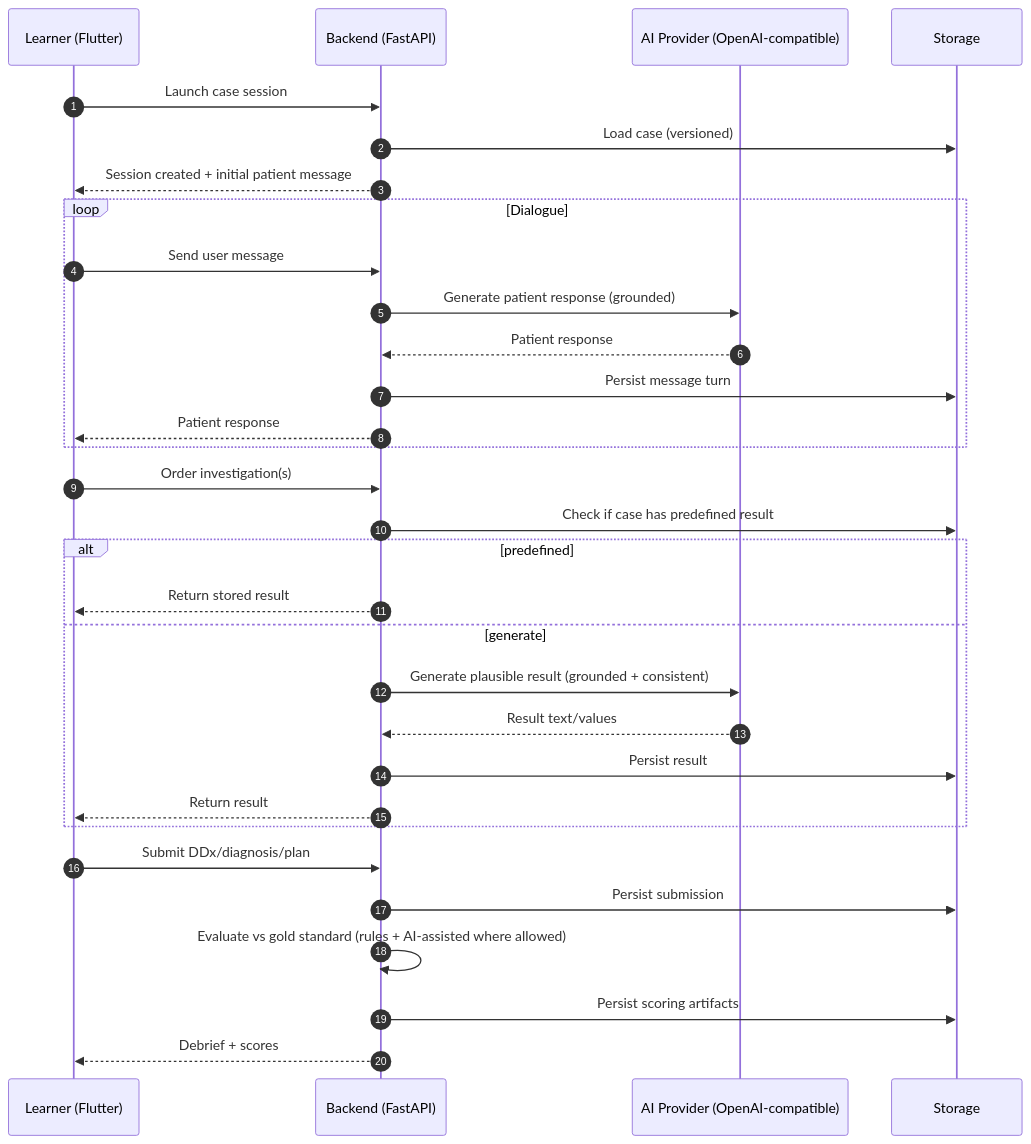
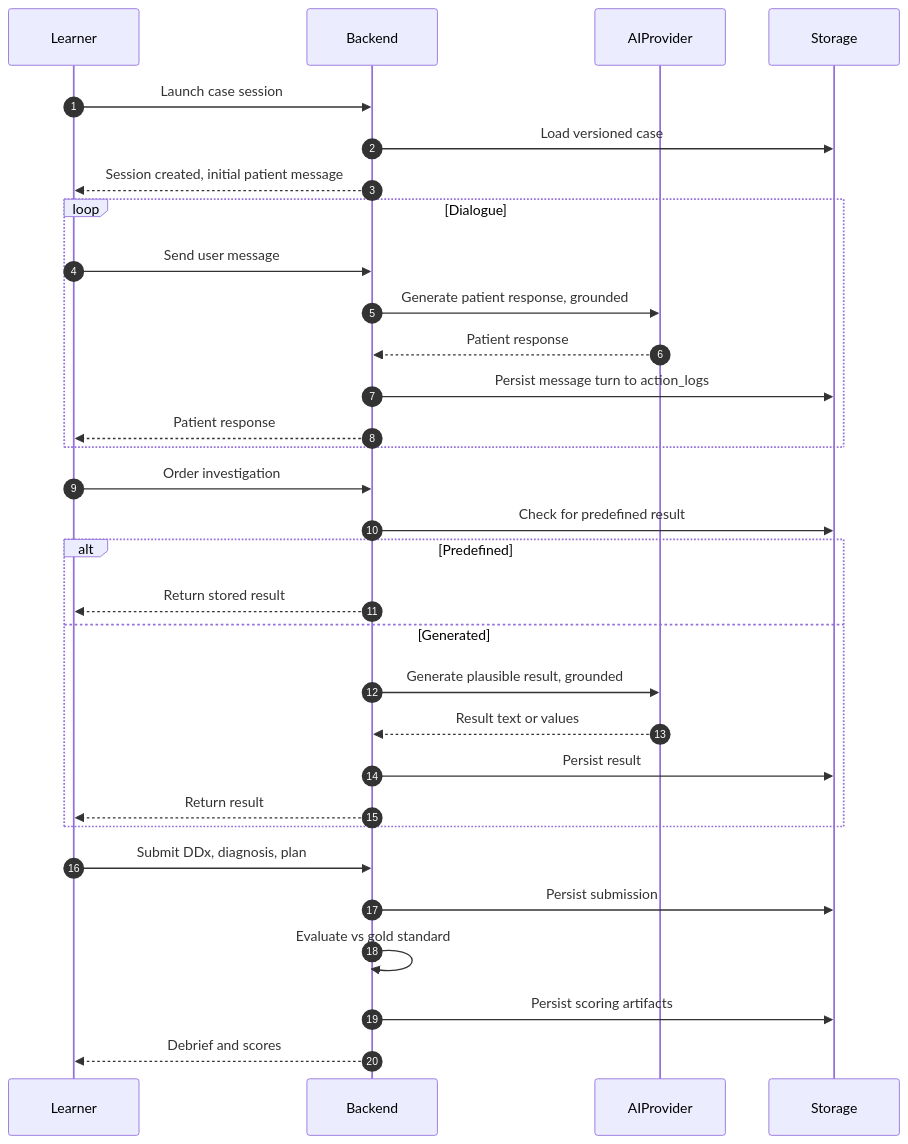
One commit to virtual-ai-patient/platform changed the second of 3 diagrams in docs/architecture/system-architecture.md. Above: the diagram before and after it, drawn with Mermaid. The commit also changed other lines of this file and 1 other file, not shown here.

Commit message:
planning(qa, arch): Updated QA and Architecture based on new proposed goal

````diff
--- a/docs/architecture/system-architecture.md
+++ b/docs/architecture/system-architecture.md
@@ -93,37 +65,37 @@
 ```mermaid
 sequenceDiagram
-  autonumber
-  participant U as Learner (Flutter)
-  participant B as Backend (FastAPI)
-  participant A as AI Provider (OpenAI-compatible)
-  participant S as Storage
+    autonumber
+    participant U as Learner
+    participant B as Backend
+    participant A as AIProvider
+    participant S as Storage
 
-  U->>B: Launch case session
-  B->>S: Load case (versioned)
-  B-->>U: Session created + initial patient message
+    U->>B: Launch case session
+    B->>S: Load versioned case
+    B-->>U: Session created, initial patient message
 
-  loop Dialogue
-    U->>B: Send user message
-    B->>A: Generate patient response (grounded)
-    A-->>B: Patient response
-    B->>S: Persist message turn
-    B-->>U: Patient response
-  end
+    loop Dialogue
+        U->>B: Send user message
+        B->>A: Generate patient response, grounded
+        A-->>B: Patient response
+        B->>S: Persist message turn to action_logs
+        B-->>U: Patient response
+    end
 
-  U->>B: Order investigation(s)
-  B->>S: Check if case has predefined result
-  alt predefined
-    B-->>U: Return stored result
-  else generate
-    B->>A: Generate plausible result (grounded + consistent)
-    A-->>B: Result text/values
-    B->>S: Persist result
-    B-->>U: Return result
-  end
+    U->>B: Order investigation
+    B->>S: Check for predefined result
+    alt Predefined
+        B-->>U: Return stored result
+    else Generated
+        B->>A: Generate plausible result, grounded
+        A-->>B: Result text or values
+        B->>S: Persist result
+        B-->>U: Return result
+    end
 
-  U->>B: Submit DDx/diagnosis/plan
-  B->>S: Persist submission
-  B->>B: Evaluate vs gold standard (rules + AI-assisted where allowed)
-  B->>S: Persist scoring artifacts
-  B-->>U: Debrief + scores
+    U->>B: Submit DDx, diagnosis, plan
+    B->>S: Persist submission
+    B->>B: Evaluate vs gold standard
+    B->>S: Persist scoring artifacts
+    B-->>U: Debrief and scores
 ```
````
